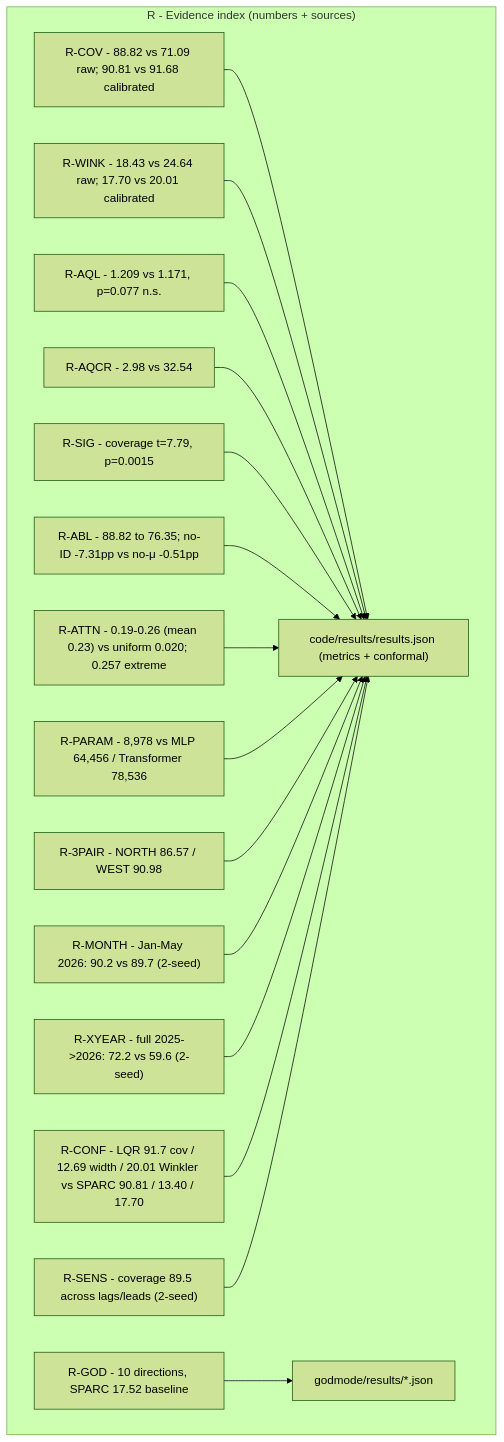
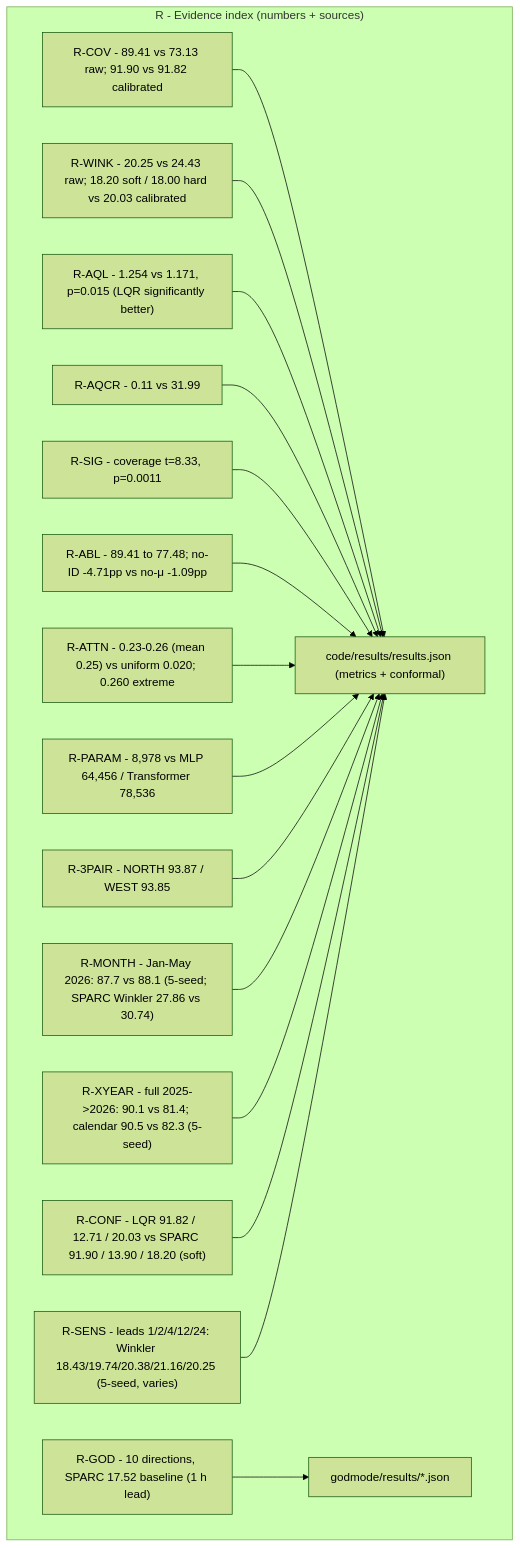
One commit to L1ZLe/ercot-casp-paper changed the diagram in docs/explanation/07-sparc-full-11-G_R.mmd. Above: the diagram before and after it, drawn with Mermaid (forest theme). The commit also changed 41 other files, not shown here.

```diff
--- a/docs/explanation/07-sparc-full-11-G_R.mmd
+++ b/docs/explanation/07-sparc-full-11-G_R.mmd
@@ -1,17 +1,17 @@
 flowchart TD
 subgraph G_R["R - Evidence index (numbers + sources)"]
-    R1["R-COV - 88.82 vs 71.09 raw; 90.81 vs 91.68 calibrated"] --> SRC1["code/results/results.json (metrics + conformal)"]
-    R2["R-WINK - 18.43 vs 24.64 raw; 17.70 vs 20.01 calibrated"] --> SRC1
-    R3["R-AQL - 1.209 vs 1.171, p=0.077 n.s."] --> SRC1
-    R4["R-AQCR - 2.98 vs 32.54"] --> SRC1
-    R5["R-SIG - coverage t=7.79, p=0.0015"] --> SRC1
-    R6["R-ABL - 88.82 to 76.35; no-ID -7.31pp vs no-μ -0.51pp"] --> SRC1
-    R7["R-ATTN - 0.19-0.26 (mean 0.23) vs uniform 0.020; 0.257 extreme"] --> SRC1
+    R1["R-COV - 89.41 vs 73.13 raw; 91.90 vs 91.82 calibrated"] --> SRC1["code/results/results.json (metrics + conformal)"]
+    R2["R-WINK - 20.25 vs 24.43 raw; 18.20 soft / 18.00 hard vs 20.03 calibrated"] --> SRC1
+    R3["R-AQL - 1.254 vs 1.171, p=0.015 (LQR significantly better)"] --> SRC1
+    R4["R-AQCR - 0.11 vs 31.99"] --> SRC1
+    R5["R-SIG - coverage t=8.33, p=0.0011"] --> SRC1
+    R6["R-ABL - 89.41 to 77.48; no-ID -4.71pp vs no-μ -1.09pp"] --> SRC1
+    R7["R-ATTN - 0.23-0.26 (mean 0.25) vs uniform 0.020; 0.260 extreme"] --> SRC1
     R8["R-PARAM - 8,978 vs MLP 64,456 / Transformer 78,536"] --> SRC1
-    R9["R-3PAIR - NORTH 86.57 / WEST 90.98"] --> SRC1
-    R10["R-MONTH - Jan-May 2026: 90.2 vs 89.7 (2-seed)"] --> SRC1
-    R11["R-XYEAR - full 2025->2026: 72.2 vs 59.6 (2-seed)"] --> SRC1
-    R12["R-CONF - LQR 91.7 cov / 12.69 width / 20.01 Winkler vs SPARC 90.81 / 13.40 / 17.70"] --> SRC1
-    R13["R-SENS - coverage 89.5 across lags/leads (2-seed)"] --> SRC1
-    R14["R-GOD - 10 directions, SPARC 17.52 baseline"] --> SRC2["godmode/results/*.json"]
+    R9["R-3PAIR - NORTH 93.87 / WEST 93.85"] --> SRC1
+    R10["R-MONTH - Jan-May 2026: 87.7 vs 88.1 (5-seed; SPARC Winkler 27.86 vs 30.74)"] --> SRC1
+    R11["R-XYEAR - full 2025->2026: 90.1 vs 81.4; calendar 90.5 vs 82.3 (5-seed)"] --> SRC1
+    R12["R-CONF - LQR 91.82 / 12.71 / 20.03 vs SPARC 91.90 / 13.90 / 18.20 (soft)"] --> SRC1
+    R13["R-SENS - leads 1/2/4/12/24: Winkler 18.43/19.74/20.38/21.16/20.25 (5-seed, varies)"] --> SRC1
+    R14["R-GOD - 10 directions, SPARC 17.52 baseline (1 h lead)"] --> SRC2["godmode/results/*.json"]
   end
```
